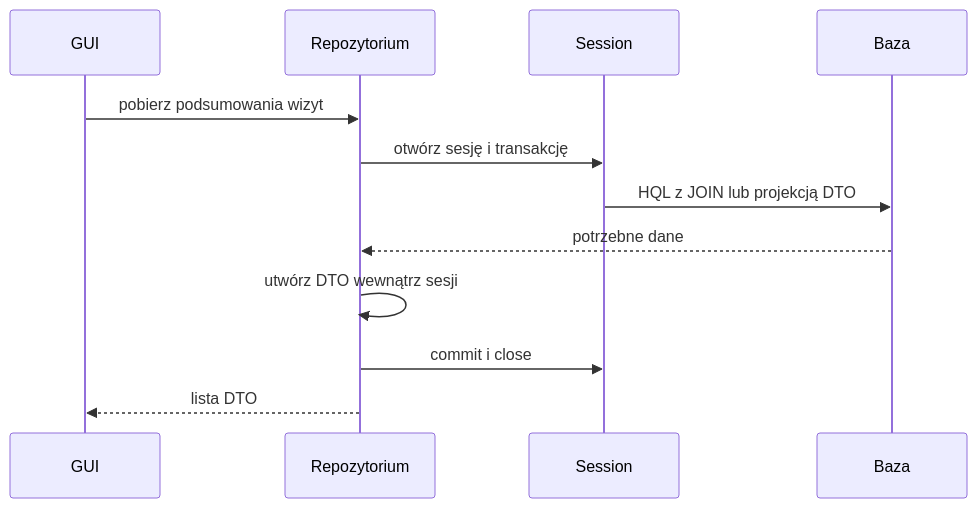
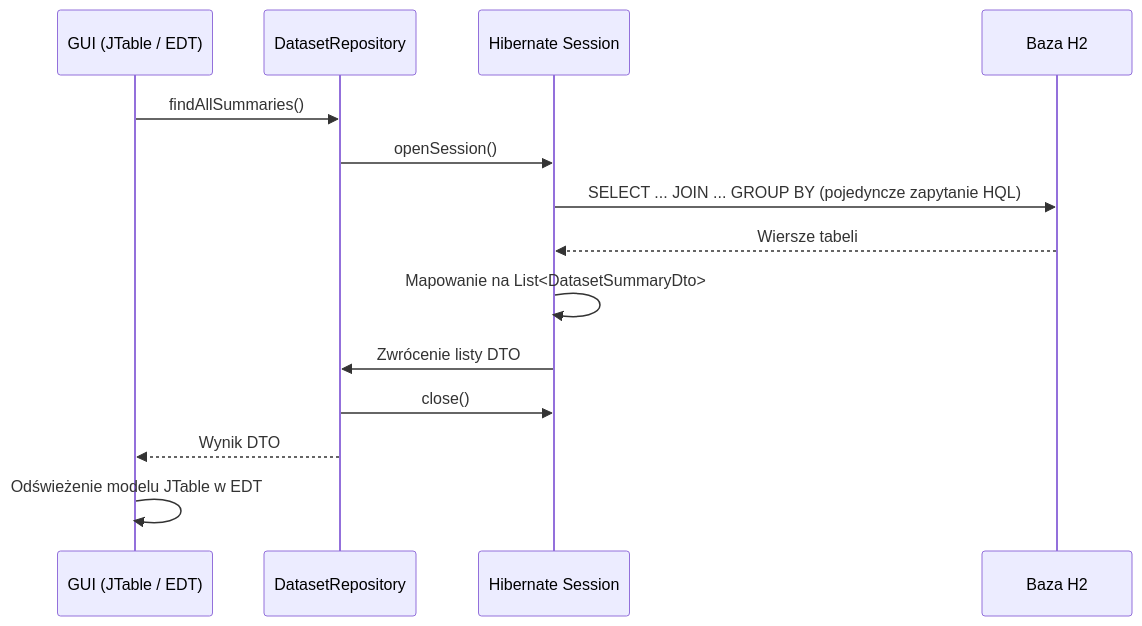
One commit to wgalka/PO2-Java changed the third of 3 diagrams in 2026-2027/lab4/README.md. Above: the diagram before and after it, drawn with Mermaid. The commit also changed other lines of this file and 64 other files, not shown here.

````diff
--- a/2026-2027/lab4/README.md
+++ b/2026-2027/lab4/README.md
@@ -287,14 +396,16 @@
 ```mermaid
 sequenceDiagram
-    participant G as GUI
-    participant R as Repozytorium
-    participant S as Session
-    participant B as Baza
-    G->>R: pobierz podsumowania wizyt
-    R->>S: otwórz sesję i transakcję
-    S->>B: HQL z JOIN lub projekcją DTO
-    B-->>R: potrzebne dane
-    R->>R: utwórz DTO wewnątrz sesji
-    R->>S: commit i close
-    R-->>G: lista DTO
+    participant G as GUI (JTable / EDT)
+    participant R as DatasetRepository
+    participant S as Hibernate Session
+    participant B as Baza H2
+    G->>R: findAllSummaries()
+    R->>S: openSession()
+    S->>B: SELECT ... JOIN ... GROUP BY (pojedyncze zapytanie HQL)
+    B-->>S: Wiersze tabeli
+    S->>S: Mapowanie na List<DatasetSummaryDto>
+    S->>R: Zwrócenie listy DTO
+    R->>S: close()
+    R-->>G: Wynik DTO
+    G->>G: Odświeżenie modelu JTable w EDT
 ```
````
